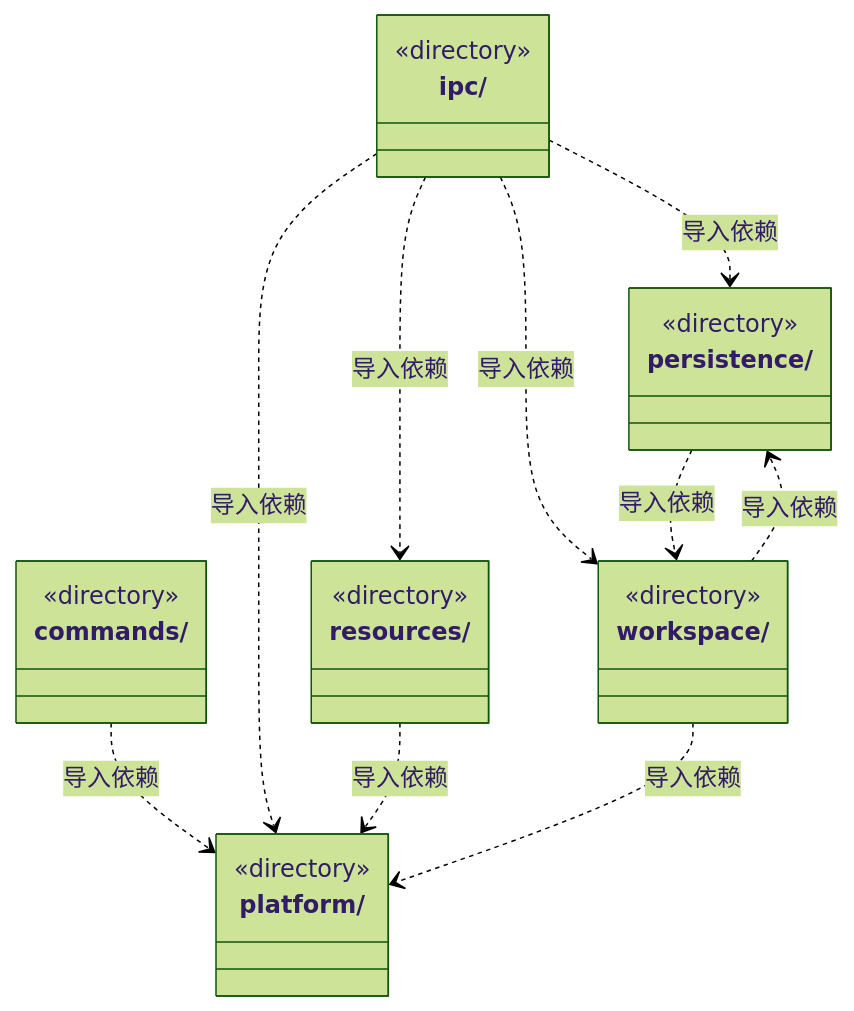
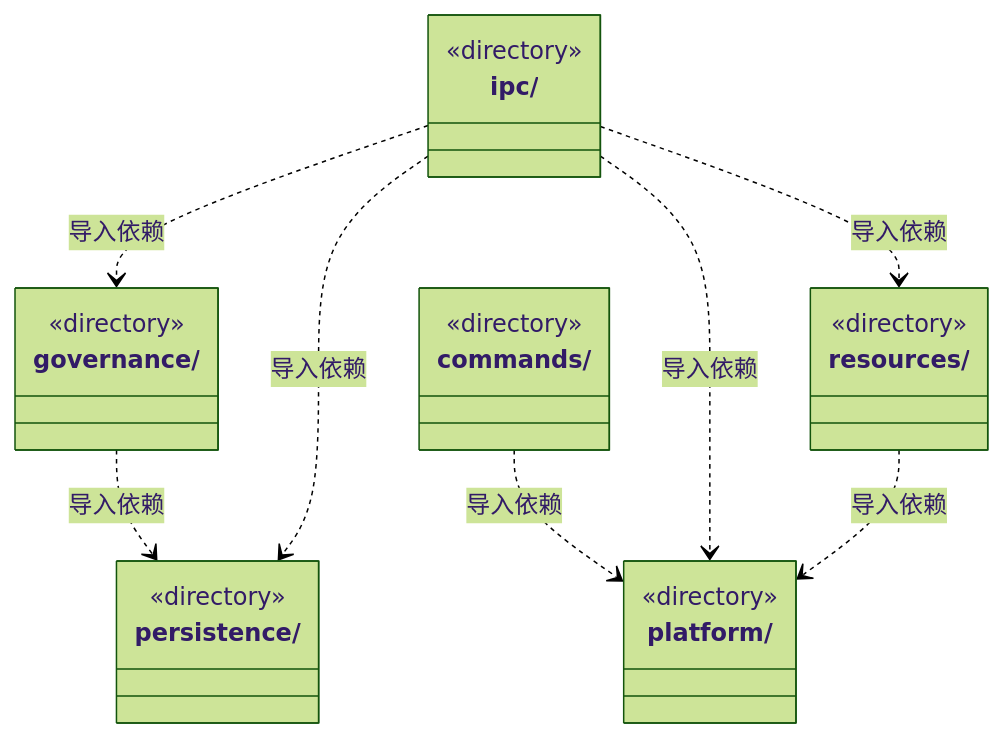
One commit to nan023062/cbim changed the first of 6 diagrams in src/backend/main/ARCHITECTURE.md. Above: the diagram before and after it, drawn with Mermaid (forest theme). The commit also changed other lines of this file and 50 other files, not shown here.

````diff
--- a/src/backend/main/ARCHITECTURE.md
+++ b/src/backend/main/ARCHITECTURE.md
@@ -22,30 +22,28 @@
 ```mermaid
 classDiagram
 class N_src_backend_main_commands["commands/"] {
+  <<directory>>
+}
+class N_src_backend_main_governance["governance/"] {
   <<directory>>
 }
 class N_src_backend_main_ipc["ipc/"] {
   <<directory>>
 }
 class N_src_backend_main_persistence["persistence/"] {
   <<directory>>
 }
 class N_src_backend_main_platform["platform/"] {
   <<directory>>
 }
 class N_src_backend_main_resources["resources/"] {
   <<directory>>
 }
-class N_src_backend_main_workspace["workspace/"] {
-  <<directory>>
-}
 N_src_backend_main_commands ..> N_src_backend_main_platform : 导入依赖
+N_src_backend_main_governance ..> N_src_backend_main_persistence : 导入依赖
 N_src_backend_main_ipc ..> N_src_backend_main_persistence : 导入依赖
-N_src_backend_main_ipc ..> N_src_backend_main_workspace : 导入依赖
 N_src_backend_main_ipc ..> N_src_backend_main_resources : 导入依赖
 N_src_backend_main_ipc ..> N_src_backend_main_platform : 导入依赖
-N_src_backend_main_persistence ..> N_src_backend_main_workspace : 导入依赖
+N_src_backend_main_ipc ..> N_src_backend_main_governance : 导入依赖
 N_src_backend_main_resources ..> N_src_backend_main_platform : 导入依赖
-N_src_backend_main_workspace ..> N_src_backend_main_platform : 导入依赖
-N_src_backend_main_workspace ..> N_src_backend_main_persistence : 导入依赖
 ```
````
